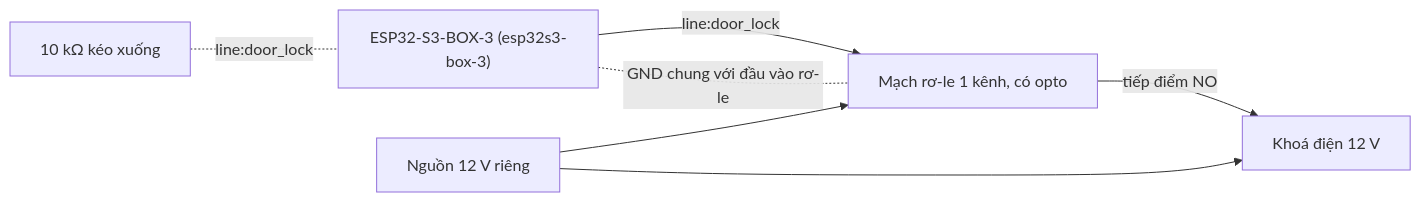
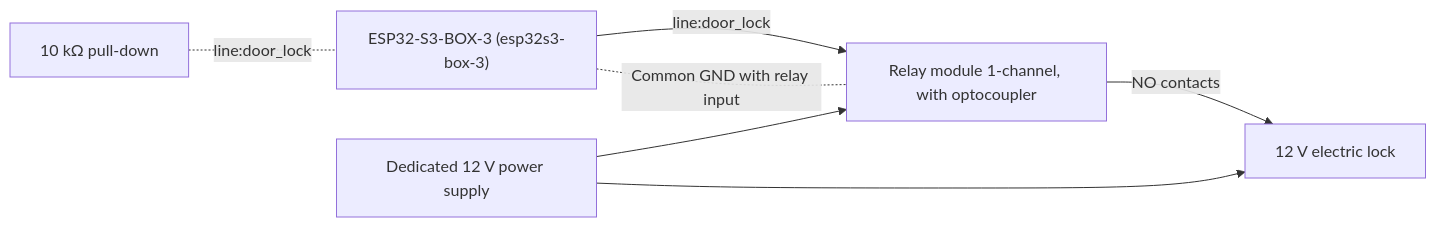
The second of 2 diagrams in docs/user/kit-khoa-cua-villa.md (letrongminh/neuroedge-init), drawn with Mermaid before and after one commit. The commit also changed other lines of this file and 57 other files, not shown here.

Commit message:
docs in English: spec, architecture 00-05, RFCs, user docs, kits, partner guides, demos, reports, Blueprint proposal

````diff
--- a/docs/user/kit-khoa-cua-villa.md
+++ b/docs/user/kit-khoa-cua-villa.md
@@ -51,9 +51,9 @@
 ```mermaid
 flowchart LR
-  BOX["ESP32-S3-BOX-3 (esp32s3-box-3)"] -->|"line:door_lock"| RL["Mạch rơ-le 1 kênh, có opto"]
-  BOX -. "GND chung với đầu vào rơ-le" .- RL
-  PSU["Nguồn 12 V riêng"] --> RL
-  RL -->|"tiếp điểm NO"| LOCK["Khoá điện 12 V"]
+  BOX["ESP32-S3-BOX-3 (esp32s3-box-3)"] -->|"line:door_lock"| RL["Relay module 1-channel, with optocoupler"]
+  BOX -. "Common GND with relay input" .- RL
+  PSU["Dedicated 12 V power supply"] --> RL
+  RL -->|"NO contacts"| LOCK["12 V electric lock"]
   PSU --> LOCK
-  PD["10 kΩ kéo xuống"] -. "line:door_lock" .- BOX
+  PD["10 kΩ pull-down"] -. "line:door_lock" .- BOX
 ```
````
